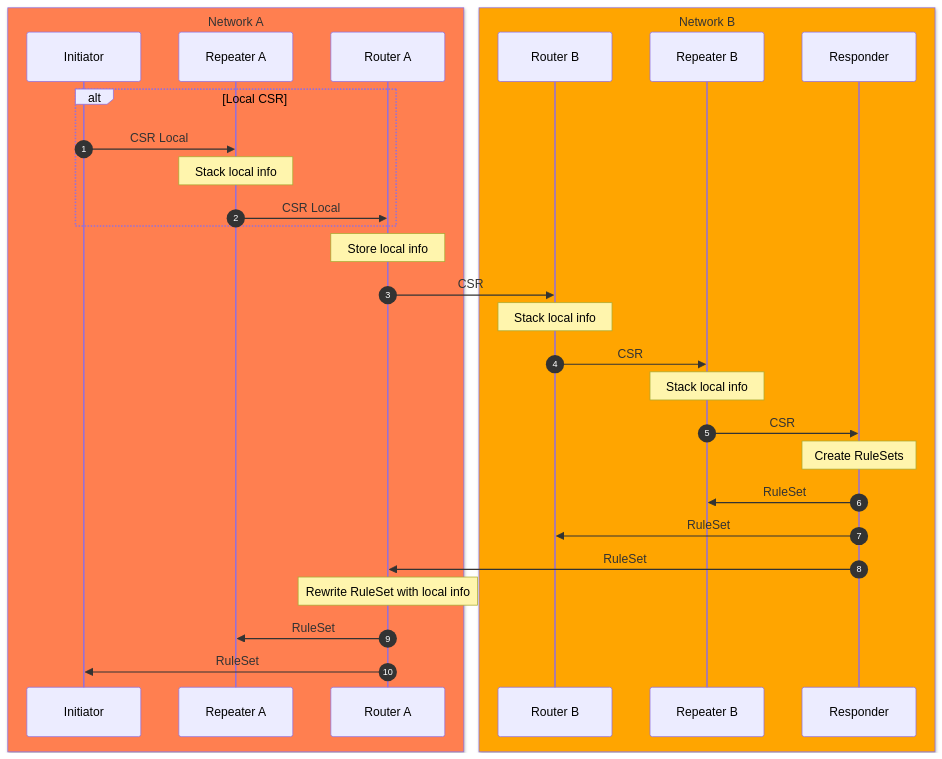
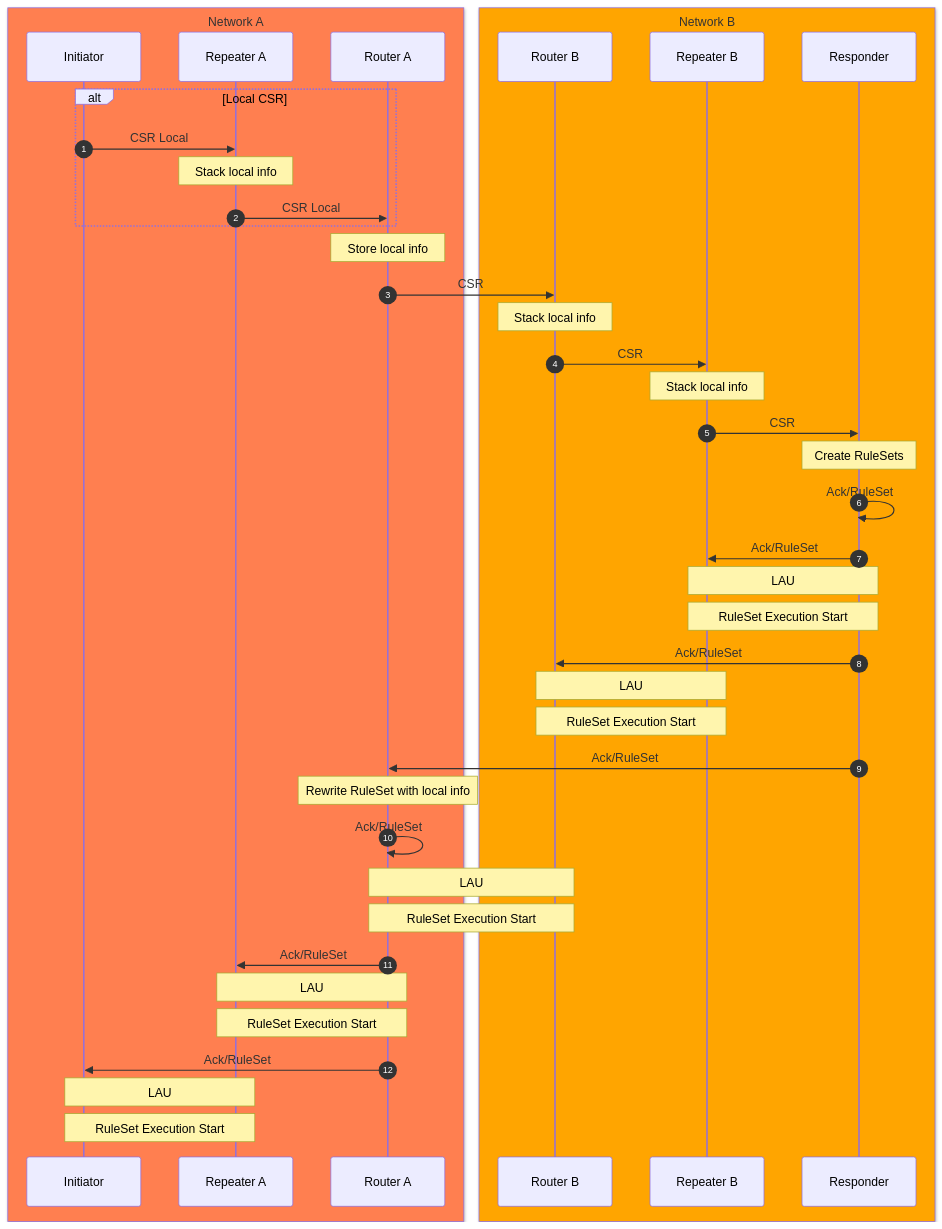
Before and after one commit to sfc-aqua/RuleSetSpec: the third of 6 diagrams in 2.1.1.ConnectionSetup.md, drawn with Mermaid.

Commit message:
updated LAU in the diagram

````diff
--- a/2.1.1.ConnectionSetup.md
+++ b/2.1.1.ConnectionSetup.md
@@ -228,38 +228,55 @@
 ```mermaid
 sequenceDiagram
     autonumber
     box Coral Network A
     participant ini as Initiator
     participant repa as Repeater A
     participant routa as Router A
     end
 
     box Orange Network B
     Participant routb as Router B
     Participant repb as Repeater B
     participant res as Responder
     end
 
     alt Local CSR
         ini ->> repa: CSR Local
         Note over repa: Stack local info
         repa ->> routa: CSR Local
     end
     Note over routa: Store local info
 
     routa ->> routb: CSR 
     Note over routb: Stack local info
     routb ->> repb: CSR
     Note over repb: Stack local info
     repb ->> res: CSR
 
     Note over res: Create RuleSets
 
-    res ->> repb: RuleSet
-    res ->> routb: RuleSet
-    res ->> routa: RuleSet
+    res ->> res: Ack/RuleSet
+
+    res ->> repb: Ack/RuleSet
+    Note over repb, res: LAU
+    Note over repb, res: RuleSet Execution Start
+
+    res ->> routb: Ack/RuleSet
+    Note over routb, repb: LAU
+    Note over routb, repb: RuleSet Execution Start
+
+    res ->> routa: Ack/RuleSet
 
     Note over routa: Rewrite RuleSet with local info
-    routa ->> repa: RuleSet
-    routa ->> ini: RuleSet
+    routa ->> routa: Ack/RuleSet
+    Note over routa, routb: LAU
+    Note over routa, routb: RuleSet Execution Start
+    
+    routa ->> repa: Ack/RuleSet
+    Note over routa, repa: LAU
+    Note over routa, repa: RuleSet Execution Start
+    
+    routa ->> ini: Ack/RuleSet
+    Note over ini, repa: LAU
+    Note over ini, repa: RuleSet Execution Start
 ```
````
